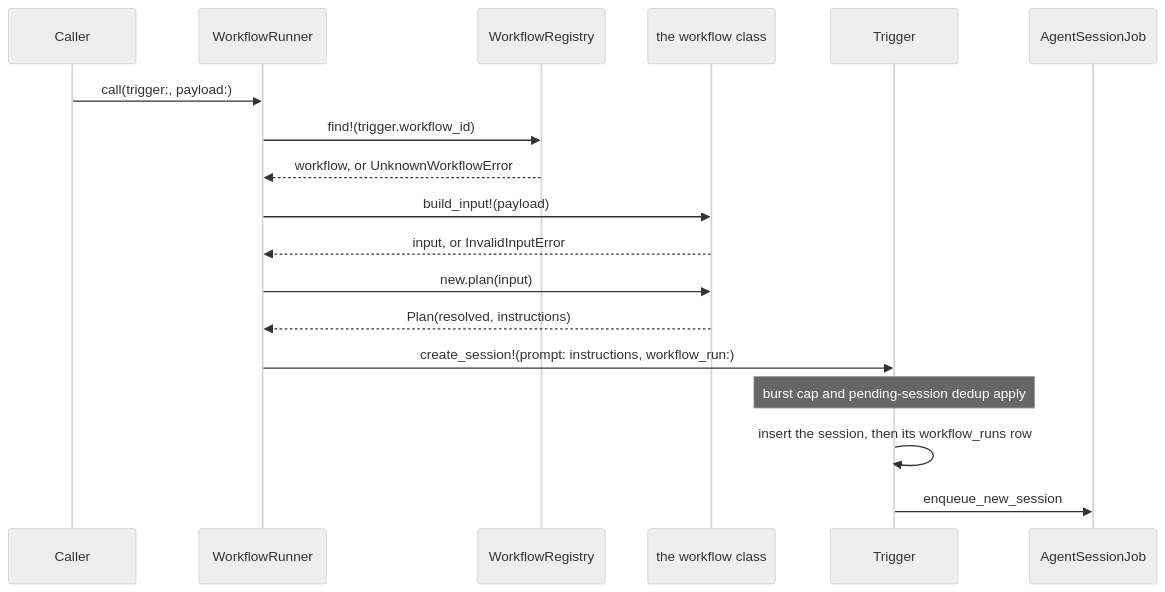
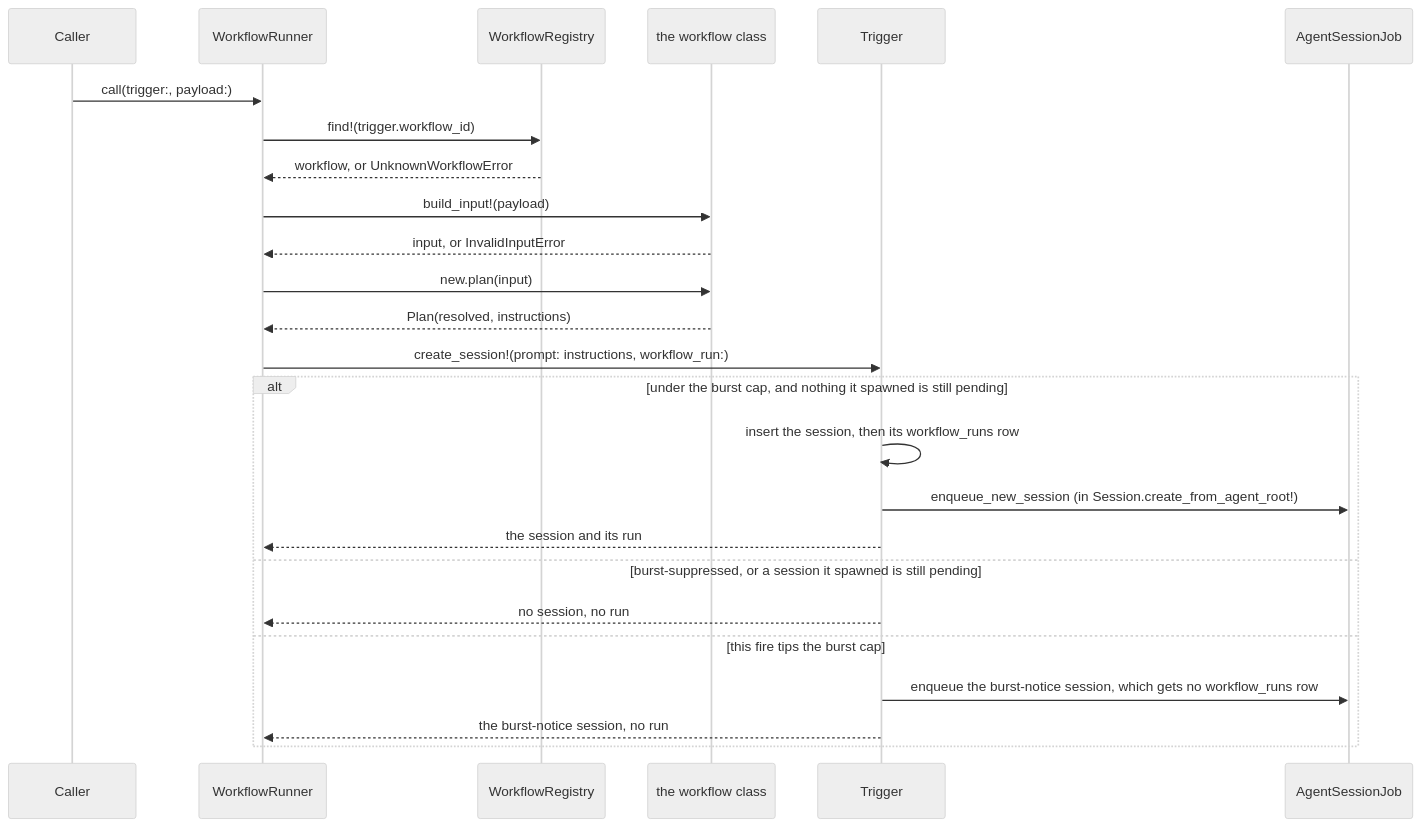
One commit to tadasant/zimmer changed the diagram in docs/src/content/docs/sessions/workflows.md. Above: the diagram before and after it, drawn with Mermaid (neutral theme). The commit also changed other lines of this file and 17 other files, not shown here.

````diff
--- a/docs/src/content/docs/sessions/workflows.md
+++ b/docs/src/content/docs/sessions/workflows.md
@@ -124,20 +125,27 @@
 ```mermaid
 sequenceDiagram
   participant Caller
   participant Runner as WorkflowRunner
   participant Registry as WorkflowRegistry
   participant Workflow as the workflow class
   participant Trigger as Trigger#create_session!
   participant Job as AgentSessionJob
   Caller->>Runner: call(trigger:, payload:)
   Runner->>Registry: find!(trigger.workflow_id)
   Registry-->>Runner: workflow, or UnknownWorkflowError
   Runner->>Workflow: build_input!(payload)
   Workflow-->>Runner: input, or InvalidInputError
   Runner->>Workflow: new.plan(input)
   Workflow-->>Runner: Plan(resolved, instructions)
   Runner->>Trigger: create_session!(prompt: instructions, workflow_run:)
-  Note over Trigger: burst cap and pending-session dedup apply
-  Trigger->>Trigger: insert the session, then its workflow_runs row
-  Trigger->>Job: enqueue_new_session
+  alt under the burst cap, and nothing it spawned is still pending
+    Trigger->>Trigger: insert the session, then its workflow_runs row
+    Trigger->>Job: enqueue_new_session (in Session.create_from_agent_root!)
+    Trigger-->>Runner: the session and its run
+  else burst-suppressed, or a session it spawned is still pending
+    Trigger-->>Runner: no session, no run
+  else this fire tips the burst cap
+    Trigger->>Job: enqueue the burst-notice session, which gets no workflow_runs row
+    Trigger-->>Runner: the burst-notice session, no run
+  end
 ```
````
